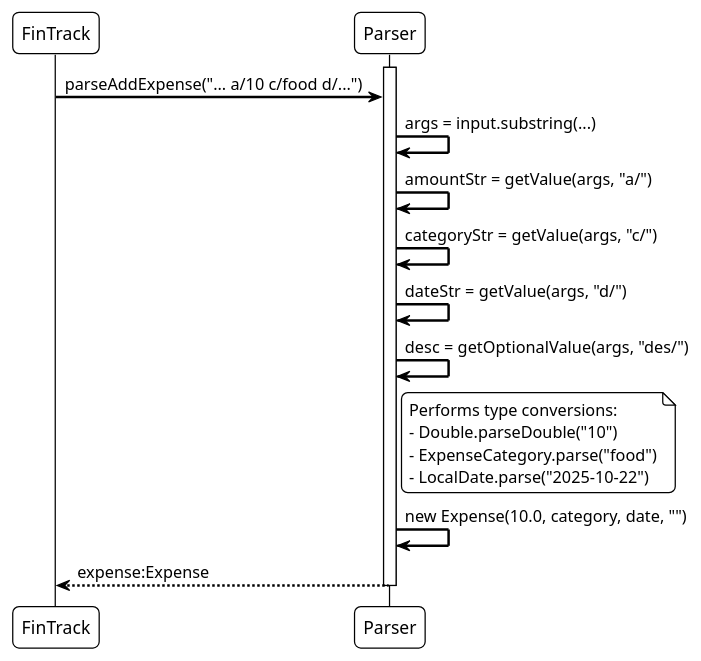
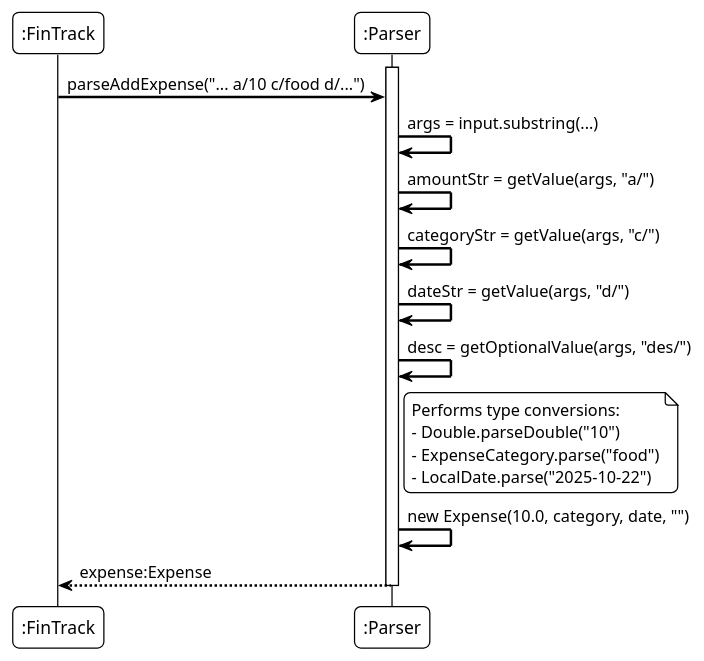
The diagram in docs/diagrams/parser.puml (AY2526S1-CS2113-W12-4/tp), drawn with PlantUML before and after one commit. The commit also changed 3 other files, not shown here.

Commit message:
Update DG (FinTrack and Parser sections) according to PR review comments

```diff
--- a/docs/diagrams/parser.puml
+++ b/docs/diagrams/parser.puml
@@ -1,33 +1,33 @@
 @startuml
 !theme plain
 skinparam sequenceArrowThickness 2
 skinparam roundcorner 10
 skinparam participantpadding 5
 skinparam boxpadding 30
 
-participant FinTrack
-participant Parser
+participant ":FinTrack"
+participant ":Parser"
 
-activate Parser
-FinTrack -> Parser : parseAddExpense("... a/10 c/food d/...")
+activate ":Parser"
+":FinTrack" -> ":Parser" : parseAddExpense("... a/10 c/food d/...")
 
 ' --- Argument Parsing --- '
-Parser -> Parser : args = input.substring(...)
-Parser -> Parser : amountStr = getValue(args, "a/")
-Parser -> Parser : categoryStr = getValue(args, "c/")
-Parser -> Parser : dateStr = getValue(args, "d/")
-Parser -> Parser : desc = getOptionalValue(args, "des/")
+":Parser" -> ":Parser" : args = input.substring(...)
+":Parser" -> ":Parser" : amountStr = getValue(args, "a/")
+":Parser" -> ":Parser" : categoryStr = getValue(args, "c/")
+":Parser" -> ":Parser" : dateStr = getValue(args, "d/")
+":Parser" -> ":Parser" : desc = getOptionalValue(args, "des/")
 
 ' --- Validation and Construction --- '
-note right of Parser
+note right of ":Parser"
     Performs type conversions:
     - Double.parseDouble("10")
     - ExpenseCategory.parse("food")
     - LocalDate.parse("2025-10-22")
 end note
 
-Parser -> Parser : new Expense(10.0, category, date, "")
+":Parser" -> ":Parser" : new Expense(10.0, category, date, "")
 
-Parser --> FinTrack : expense:Expense
-deactivate Parser
+":Parser" --> ":FinTrack" : expense:Expense
+deactivate ":Parser"
 @enduml
```
